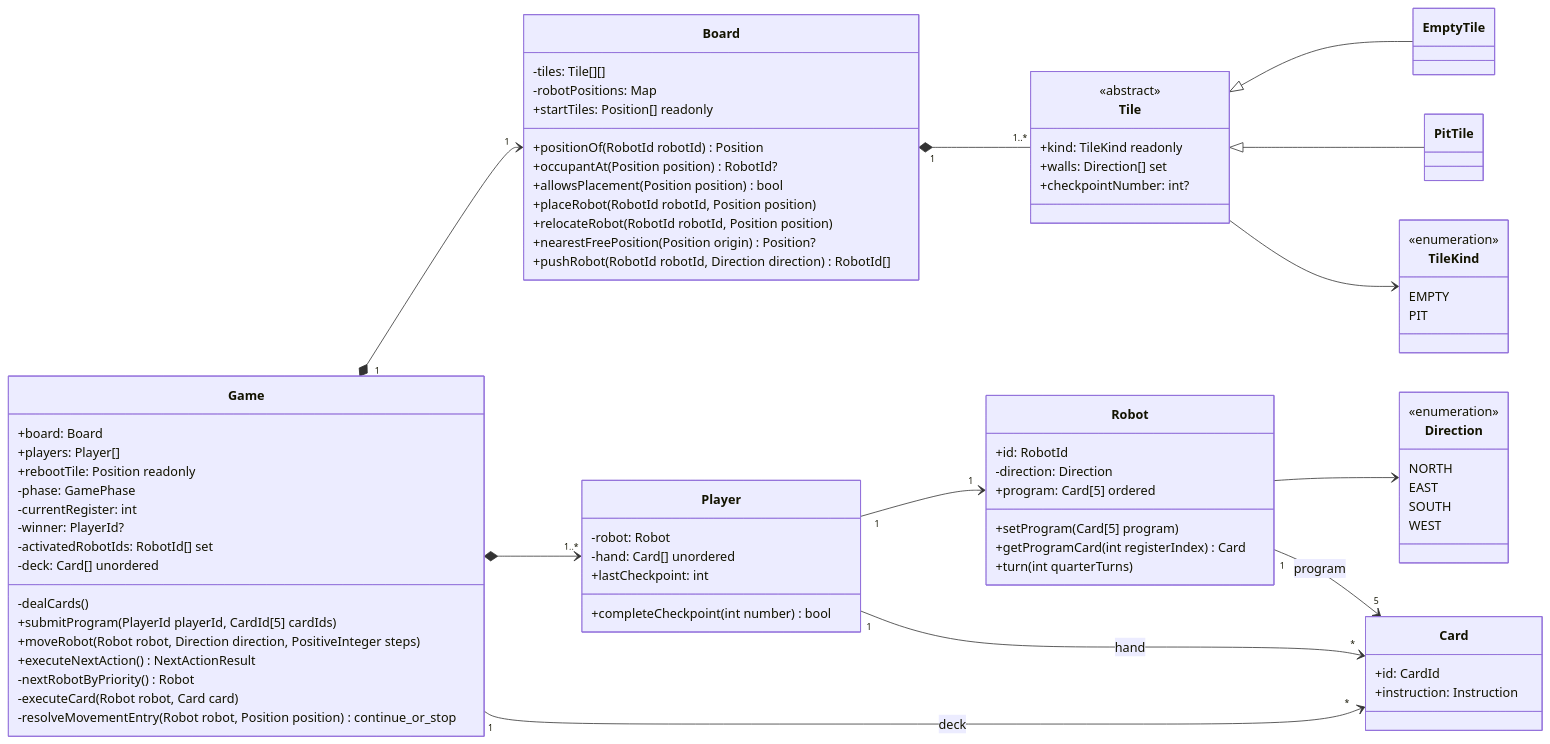
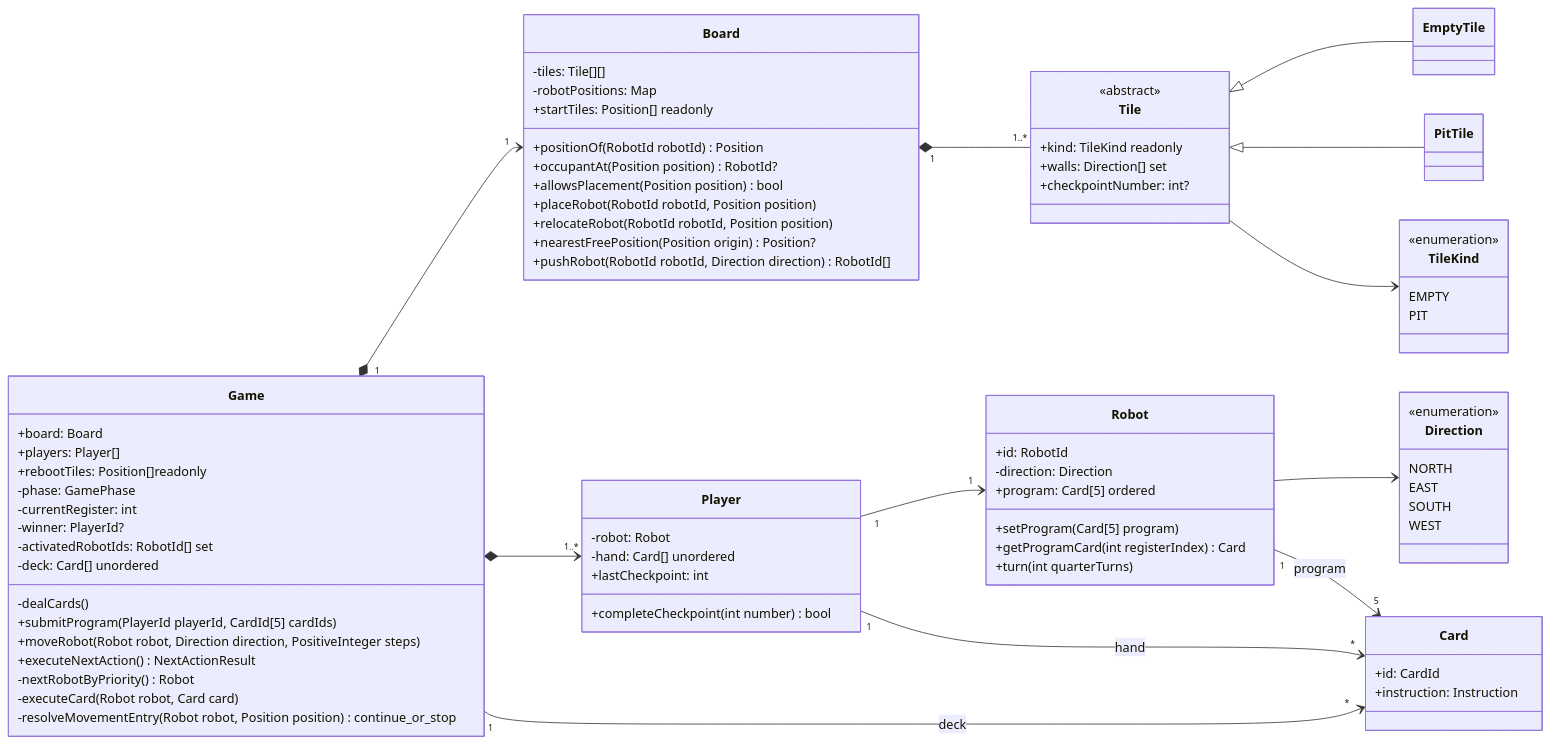
Before and after one commit to hananinas/RoboRally: the diagram in docs/game_model_UML.md, drawn with Mermaid. The commit also changed other lines of this file and 3 other files, not shown here.

Commit message:
docs(contract): describe four reboot tiles and the closest-tile rule

```diff
--- a/docs/game_model_UML.md
+++ b/docs/game_model_UML.md
@@ -8,7 +8,7 @@
         class Game {
         +board: Board
         +players: Player[]
-        +rebootTile: Position readonly
+        +rebootTiles: Position[]readonly
         -phase: GamePhase
         -currentRegister: int
         -winner: PlayerId?
```
